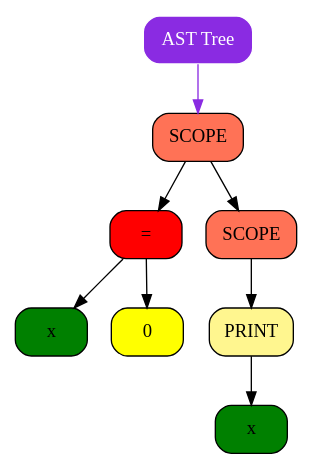
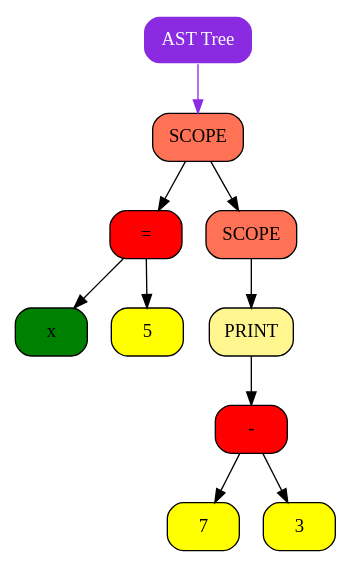
Before and after one commit to Pelmeshka127/ParaCL: the diagram in graphics/graph.dot, drawn with Graphviz. The commit also changed 8 other files, not shown here.

```diff
--- a/graphics/graph.dot
+++ b/graphics/graph.dot
@@ -1,19 +1,23 @@
 digraph Tree
 {
    rankdir = HR;
    tree[shape = Mrecord, style = filled, color = "white", style = filled, fontcolor = "white", fillcolor = "blueviolet", label = "AST Tree"];
-   "0x155e06c90"[shape = Mrecord, color = "black", style = filled, fontcolor = "black", fillcolor = "coral1"   label = " {SCOPE}"];
-  "0x155e06c90" -> "0x155e06be0" [color = "black"];
-  "0x155e06c90" -> "0x155e06c70" [color = "black"];
-   "0x155e06be0"[shape = Mrecord, color = "black", style = filled, fontcolor = "black", fillcolor = "red"   label = " {=}"];
-  "0x155e06be0" -> "0x155e06ba0" [color = "black"];
-  "0x155e06be0" -> "0x155e06bd0" [color = "black"];
-   "0x155e06ba0"[shape = Mrecord, color = "black", style = filled, fontcolor = "black", fillcolor = "green",   label = " {x}"];
-   "0x155e06bd0"[shape = Mrecord, color = "black", style = filled, fontcolor = "black", fillcolor = "yellow",   label = " {0}"];
-   "0x155e06c70"[shape = Mrecord, color = "black", style = filled, fontcolor = "black", fillcolor = "coral1"   label = " {SCOPE}"];
-  "0x155e06c70" -> "0x155e06c40" [color = "black"];
-   "0x155e06c40"[shape = Mrecord, color = "black", style = filled, fontcolor = "black", fillcolor = "khaki1"   label = " {PRINT}"];
-  "0x155e06c40" -> "0x155e06c10" [color = "black"];
-   "0x155e06c10"[shape = Mrecord, color = "black", style = filled, fontcolor = "black", fillcolor = "green",   label = " {x}"];
-   tree -> "0x155e06c90" [color = "blueviolet"];
+   "0x135606ce0"[shape = Mrecord, color = "black", style = filled, fontcolor = "black", fillcolor = "coral1"   label = " {SCOPE}"];
+  "0x135606ce0" -> "0x135606be0" [color = "black"];
+  "0x135606ce0" -> "0x135606c90" [color = "black"];
+   "0x135606be0"[shape = Mrecord, color = "black", style = filled, fontcolor = "black", fillcolor = "red"   label = " {=}"];
+  "0x135606be0" -> "0x135606ba0" [color = "black"];
+  "0x135606be0" -> "0x135606bd0" [color = "black"];
+   "0x135606ba0"[shape = Mrecord, color = "black", style = filled, fontcolor = "black", fillcolor = "green",   label = " {x}"];
+   "0x135606bd0"[shape = Mrecord, color = "black", style = filled, fontcolor = "black", fillcolor = "yellow",   label = " {5}"];
+   "0x135606c90"[shape = Mrecord, color = "black", style = filled, fontcolor = "black", fillcolor = "coral1"   label = " {SCOPE}"];
+  "0x135606c90" -> "0x135606c60" [color = "black"];
+   "0x135606c60"[shape = Mrecord, color = "black", style = filled, fontcolor = "black", fillcolor = "khaki1"   label = " {PRINT}"];
+  "0x135606c60" -> "0x135606c30" [color = "black"];
+   "0x135606c30"[shape = Mrecord, color = "black", style = filled, fontcolor = "black", fillcolor = "red"   label = " {-}"];
+  "0x135606c30" -> "0x135606c10" [color = "black"];
+  "0x135606c30" -> "0x135606c20" [color = "black"];
+   "0x135606c10"[shape = Mrecord, color = "black", style = filled, fontcolor = "black", fillcolor = "yellow",   label = " {7}"];
+   "0x135606c20"[shape = Mrecord, color = "black", style = filled, fontcolor = "black", fillcolor = "yellow",   label = " {3}"];
+   tree -> "0x135606ce0" [color = "blueviolet"];
 }
```
